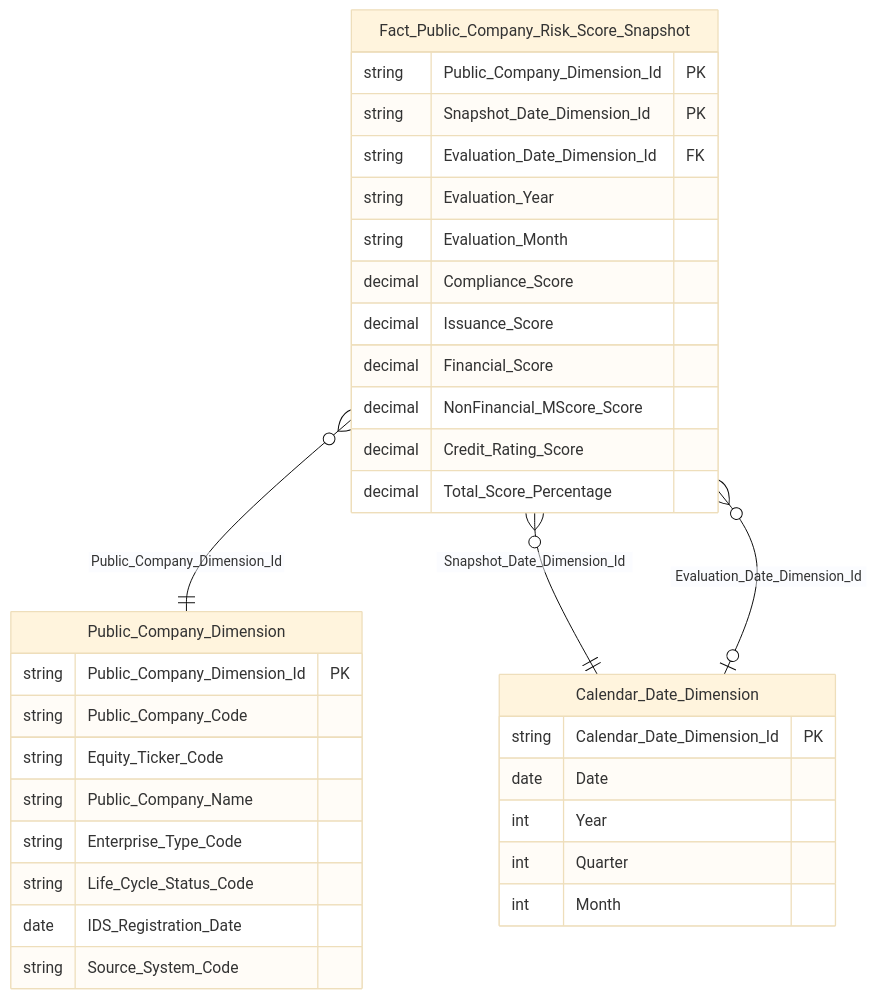
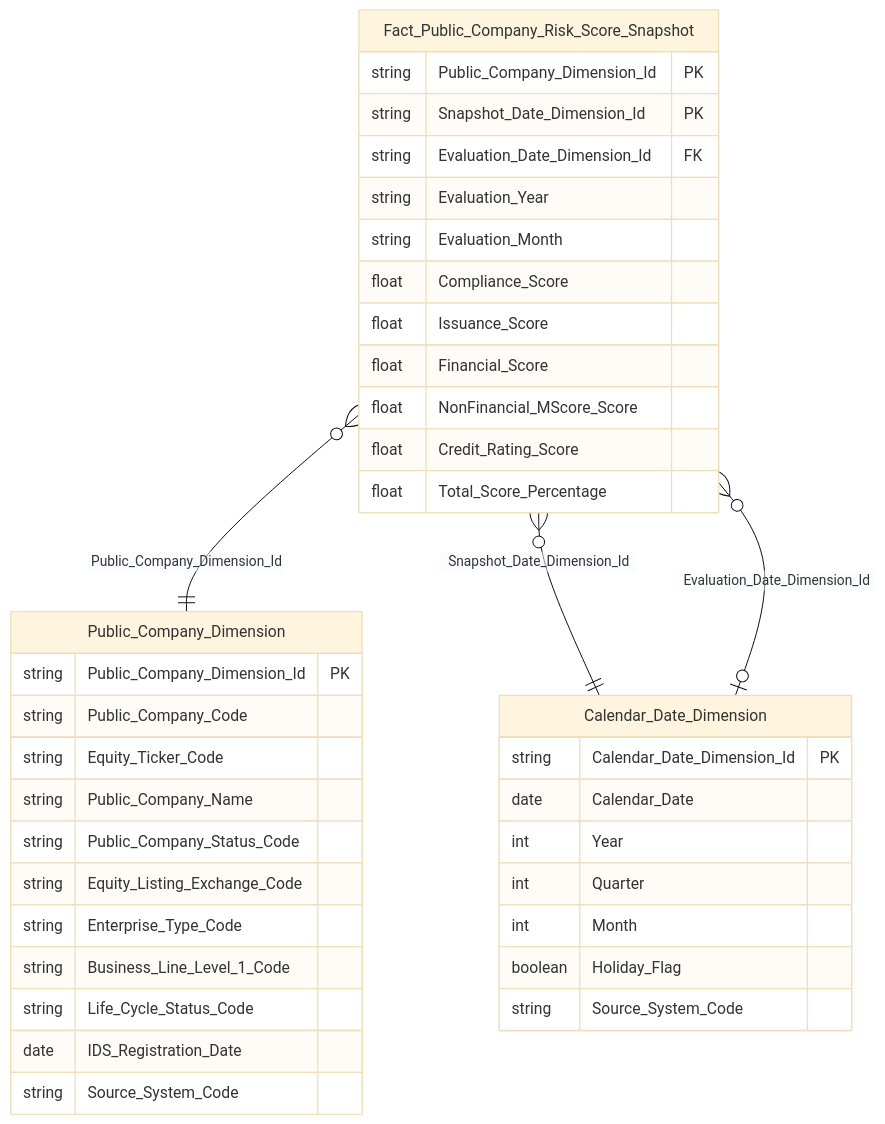
One commit to linhlvit/ubck_atomic_design changed diagram 13 of 55 in Datamart/hld/DTM_GSDC_HLD.md. Above: the diagram before and after it, drawn with Mermaid (base theme). The commit also changed other lines of this file and 42 other files, not shown here.

````diff
--- a/Datamart/hld/DTM_GSDC_HLD.md
+++ b/Datamart/hld/DTM_GSDC_HLD.md
@@ -369,39 +495,44 @@
 ```mermaid
 erDiagram
     Fact_Public_Company_Risk_Score_Snapshot {
         string Public_Company_Dimension_Id PK
         string Snapshot_Date_Dimension_Id PK
         string Evaluation_Date_Dimension_Id FK
         string Evaluation_Year
         string Evaluation_Month
-        decimal Compliance_Score
-        decimal Issuance_Score
-        decimal Financial_Score
-        decimal NonFinancial_MScore_Score
-        decimal Credit_Rating_Score
-        decimal Total_Score_Percentage
+        float Compliance_Score
+        float Issuance_Score
+        float Financial_Score
+        float NonFinancial_MScore_Score
+        float Credit_Rating_Score
+        float Total_Score_Percentage
     }
 
     Public_Company_Dimension {
         string Public_Company_Dimension_Id PK
         string Public_Company_Code
         string Equity_Ticker_Code
         string Public_Company_Name
+        string Public_Company_Status_Code
+        string Equity_Listing_Exchange_Code
         string Enterprise_Type_Code
+        string Business_Line_Level_1_Code
         string Life_Cycle_Status_Code
         date IDS_Registration_Date
         string Source_System_Code
     }
 
     Calendar_Date_Dimension {
         string Calendar_Date_Dimension_Id PK
-        date Date
+        date Calendar_Date
         int Year
         int Quarter
         int Month
+        boolean Holiday_Flag
+        string Source_System_Code
     }
 
     Fact_Public_Company_Risk_Score_Snapshot }o--|| Public_Company_Dimension : "Public_Company_Dimension_Id"
     Fact_Public_Company_Risk_Score_Snapshot }o--|| Calendar_Date_Dimension : "Snapshot_Date_Dimension_Id"
     Fact_Public_Company_Risk_Score_Snapshot }o--o| Calendar_Date_Dimension : "Evaluation_Date_Dimension_Id"
 ```
````
